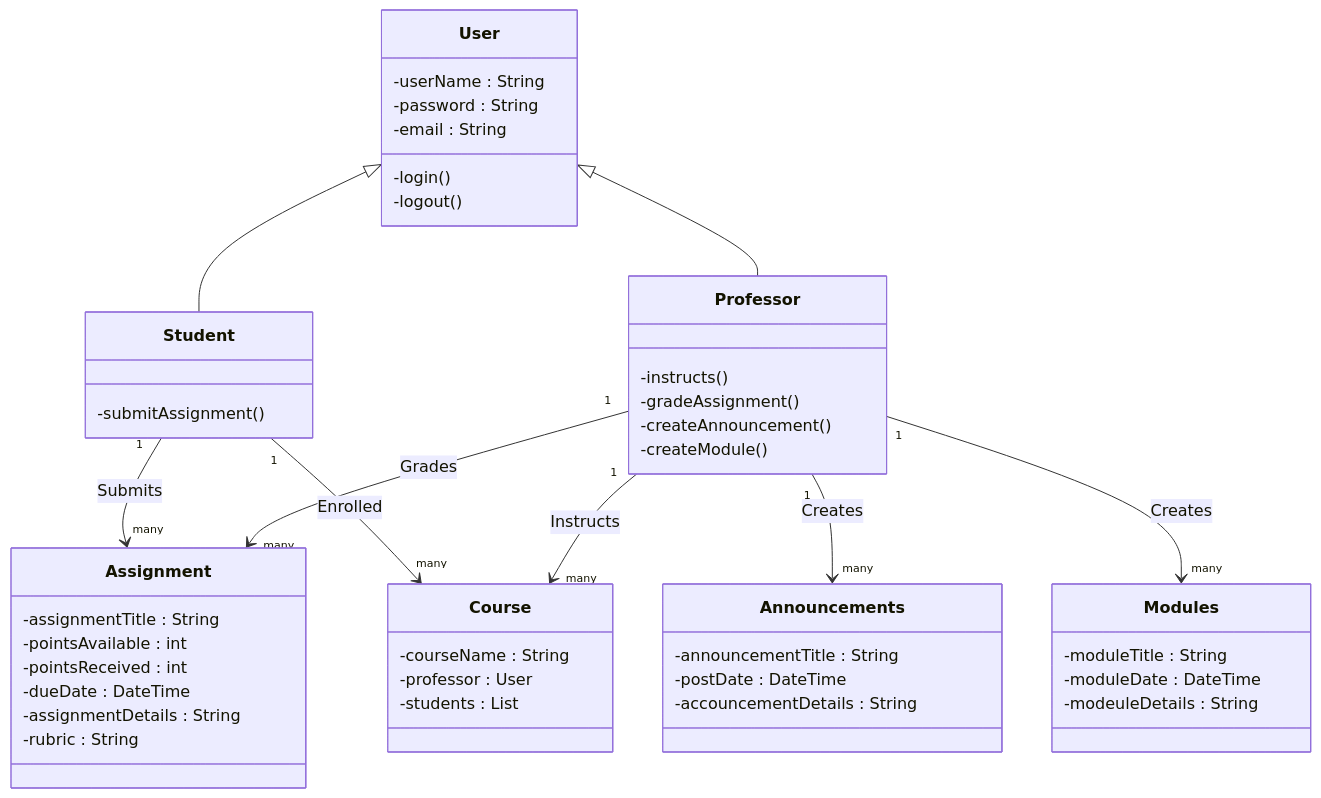
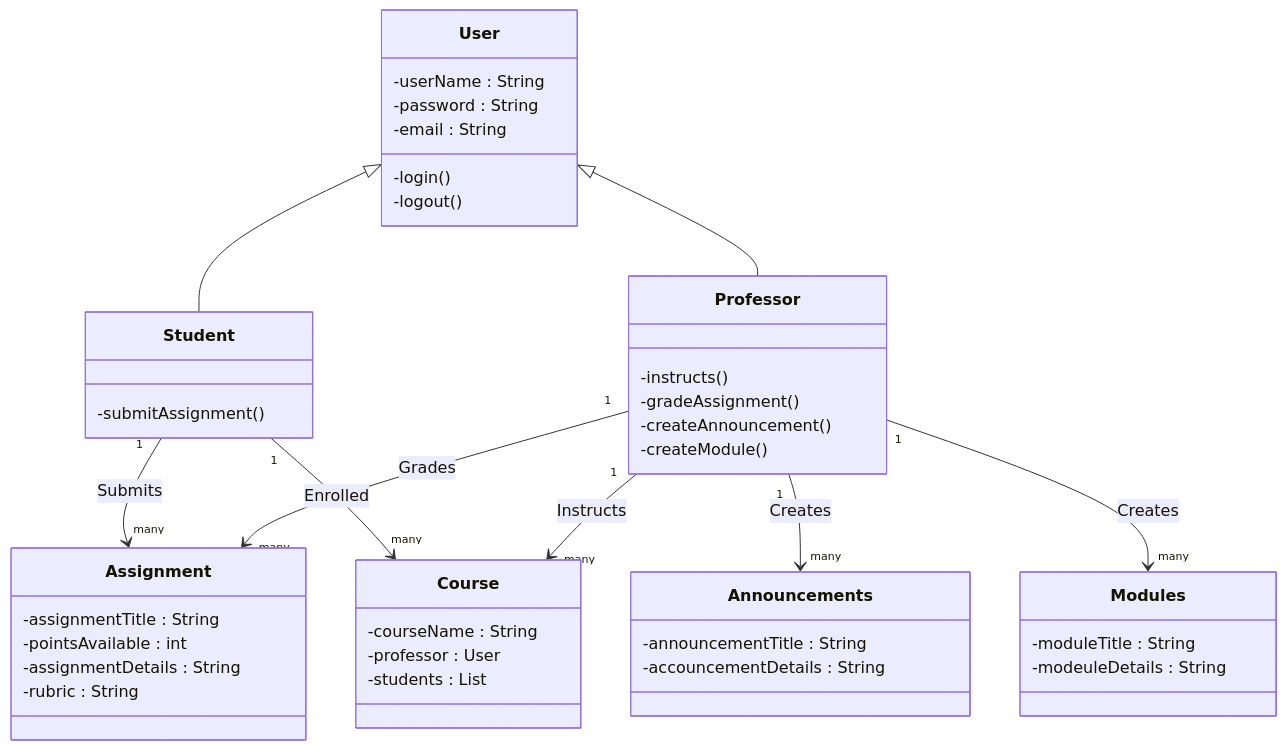
One commit to hblanton57/Canvas changed the diagram in DomainModel/DomainModel.md. Above: the diagram before and after it, drawn with Mermaid.

Commit message:
Update model

````diff
--- a/DomainModel/DomainModel.md
+++ b/DomainModel/DomainModel.md
@@ -1,59 +1,55 @@
 ```mermaid
 classDiagram
     User <|-- Student
     User <|-- Professor
 
     class Course {
         -courseName : String
         -professor : User
         -students : List <Student>
     }
 
     class User {
         -userName : String
         -password : String
         -email : String
         -login()
         -logout()
     }
 
     class Professor {
         -instructs()
         -gradeAssignment()
         -createAnnouncement()
         -createModule()
     }
 
     class Student {
         -submitAssignment()
     }
 
     class Assignment {
         -assignmentTitle : String
         -pointsAvailable : int
-        -pointsReceived : int
-        -dueDate : DateTime
         -assignmentDetails : String
         -rubric : String
     }
 
     class Announcements {
         -announcementTitle : String
-        -postDate : DateTime
         -accouncementDetails : String
     }
 
     class Modules {
         -moduleTitle : String
-        -moduleDate : DateTime
         -modeuleDetails : String
     }
 
     Student "1" --> "many" Assignment : Submits
     Student "1" --> "many" Course : Enrolled
     Professor "1" --> "many" Assignment : Grades
     Professor "1" --> "many" Course : Instructs
     Professor "1" --> "many" Announcements : Creates
     Professor "1" --> "many" Modules : Creates
 
 ```
````
